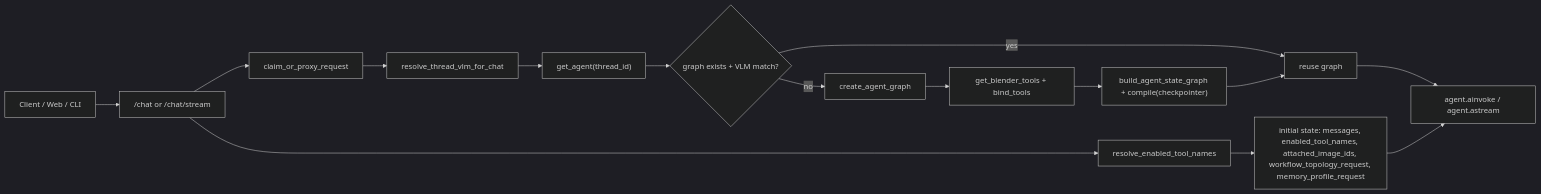
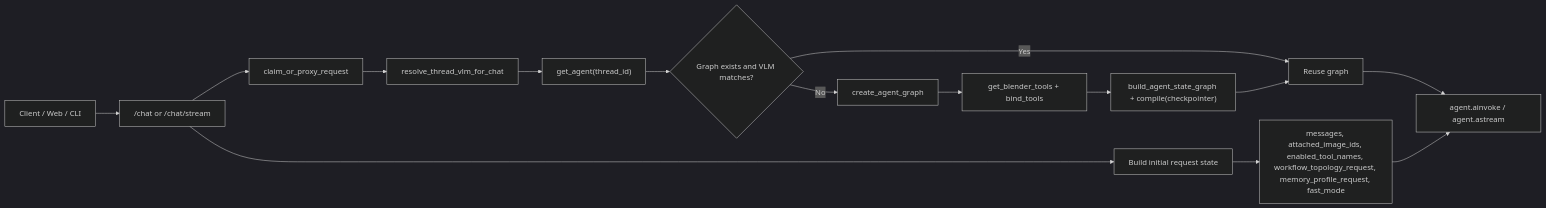
The first of 4 diagrams in docs/architecture/current-agent-workflow.md (3DSceneAgent/Vibe3DScene), drawn with Mermaid (dark theme) before and after one commit. The commit also changed other lines of this file and 4 other files, not shown here.

````diff
--- a/docs/architecture/current-agent-workflow.md
+++ b/docs/architecture/current-agent-workflow.md
@@ -31,19 +24,19 @@
 ```mermaid
 flowchart LR
     A["Client / Web / CLI"] --> B["/chat or /chat/stream"]
     B --> C["claim_or_proxy_request"]
     C --> D["resolve_thread_vlm_for_chat"]
     D --> E["get_agent(thread_id)"]
 
-    E --> F{"graph exists + VLM match?"}
-    F -->|no| G["create_agent_graph"]
+    E --> F{"Graph exists and VLM matches?"}
+    F -->|No| G["create_agent_graph"]
     G --> H["get_blender_tools + bind_tools"]
     H --> I["build_agent_state_graph + compile(checkpointer)"]
-    F -->|yes| J["reuse graph"]
+    F -->|Yes| J["Reuse graph"]
     I --> J
 
-    B --> K["resolve_enabled_tool_names"]
-    K --> L["initial state: messages, enabled_tool_names, attached_image_ids, workflow_topology_request, memory_profile_request"]
+    B --> K["Build initial request state"]
+    K --> L["messages, attached_image_ids, enabled_tool_names, workflow_topology_request, memory_profile_request, fast_mode"]
     J --> M["agent.ainvoke / agent.astream"]
     L --> M
 ```
````
